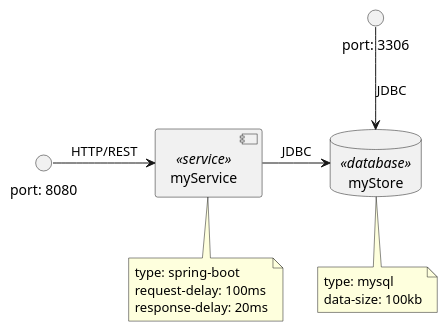
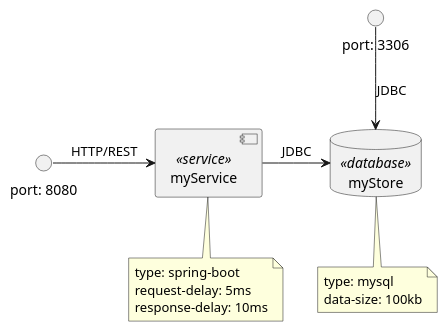
One commit to iteratec/microzoo changed the diagram in scenarios/minimal.puml. Above: the diagram before and after it, drawn with PlantUML. The commit also changed 10 other files, not shown here.

```diff
--- a/scenarios/minimal.puml
+++ b/scenarios/minimal.puml
@@ -1,23 +1,23 @@
 @startuml
 
 database "myStore" <<database>>
 note bottom of "myStore" {
     type: mysql
     data-size: 100kb
 }
 
 component "myService" <<service>>
 note bottom of "myService" {
     type: spring-boot
-    request-delay: 100ms
-    response-delay: 20ms
+    request-delay: 5ms
+    response-delay: 10ms
 }
 
 interface "port: 8080"
 interface "port: 3306"
 
 [myService] -> [myStore]: JDBC
 [port: 8080] -> [myService]: HTTP/REST
 [port: 3306] --> [myStore]: JDBC
 
 @enduml
```
